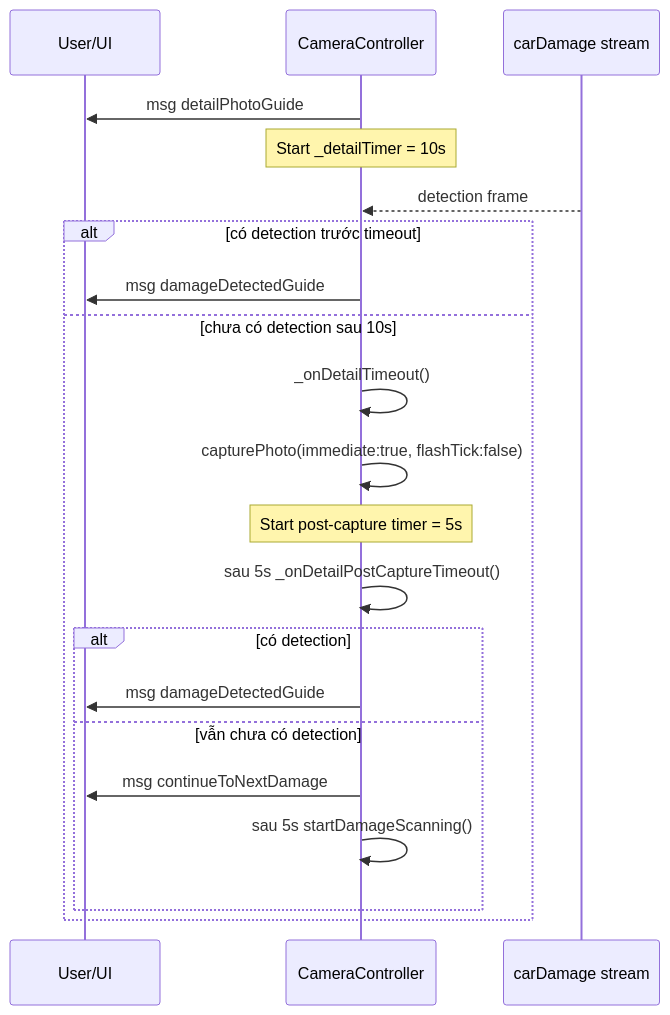
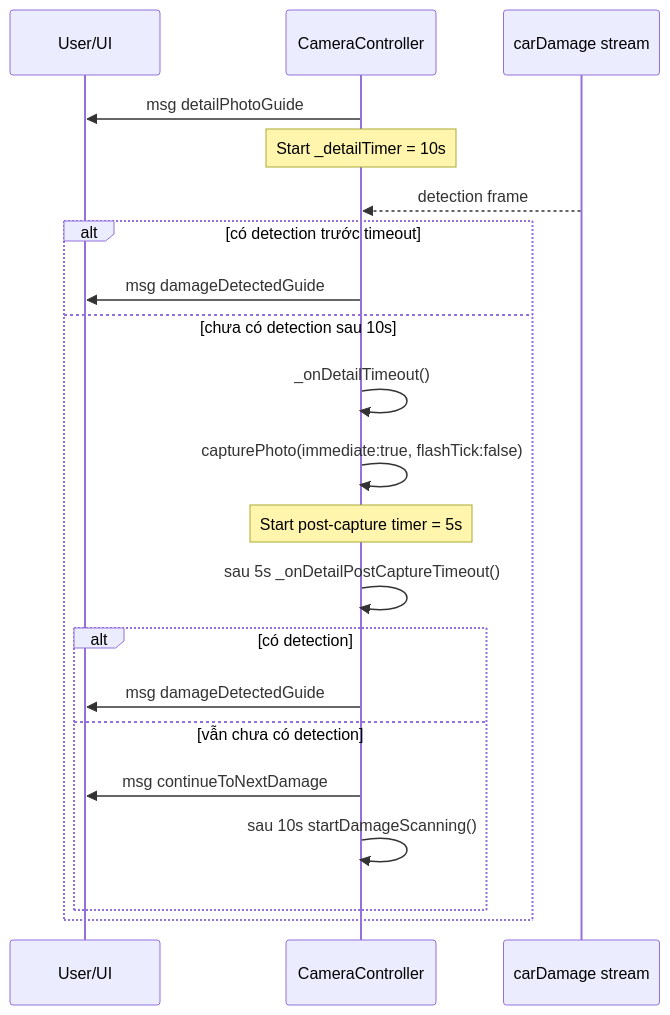
One commit to Aicycle-Insurance/aicycle_on_device changed the eighth of 9 diagrams in CAMERA_CONTROLLER.md. Above: the diagram before and after it, drawn with Mermaid. The commit also changed other lines of this file and 6 other files, not shown here.

````diff
--- a/CAMERA_CONTROLLER.md
+++ b/CAMERA_CONTROLLER.md
@@ -189,24 +189,24 @@
 ```mermaid
 sequenceDiagram
     participant UI as User/UI
     participant C as CameraController
     participant AI as carDamage stream
 
     C->>UI: msg detailPhotoGuide
     Note over C: Start _detailTimer = 10s
     AI-->>C: detection frame
     alt có detection trước timeout
         C->>UI: msg damageDetectedGuide
     else chưa có detection sau 10s
         C->>C: _onDetailTimeout()
         C->>C: capturePhoto(immediate:true, flashTick:false)
         Note over C: Start post-capture timer = 5s
         C->>C: sau 5s _onDetailPostCaptureTimeout()
         alt có detection
             C->>UI: msg damageDetectedGuide
         else vẫn chưa có detection
             C->>UI: msg continueToNextDamage
-            C->>C: sau 5s startDamageScanning()
+            C->>C: sau 10s startDamageScanning()
         end
     end
 ```
````
